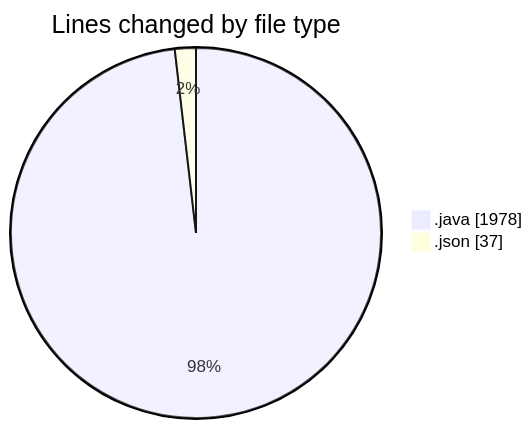
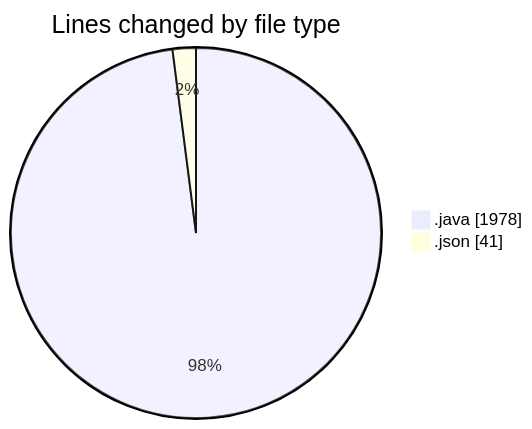
The first of 2 diagrams in 2026-04-23/cilapp/README.md (ricardozamudiocil/code-tracking), drawn with Mermaid before and after one commit. The commit also changed other lines of this file and 1 other file, not shown here.

````diff
--- a/2026-04-23/cilapp/README.md
+++ b/2026-04-23/cilapp/README.md
@@ -31,6 +31,6 @@
 ```mermaid
 pie showData
 title Lines changed by file type
 ".java" : 1978
-".json" : 37
+".json" : 41
 ```
````
